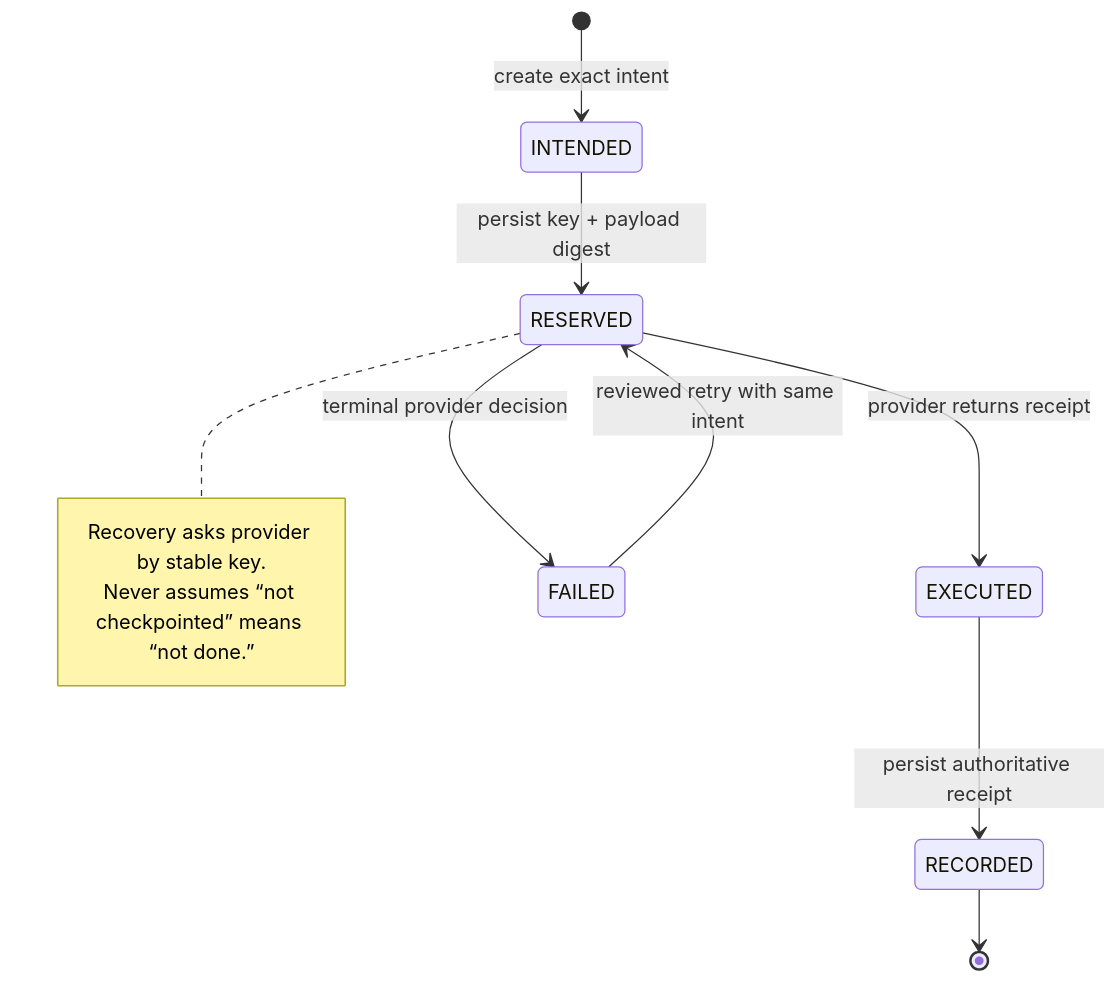
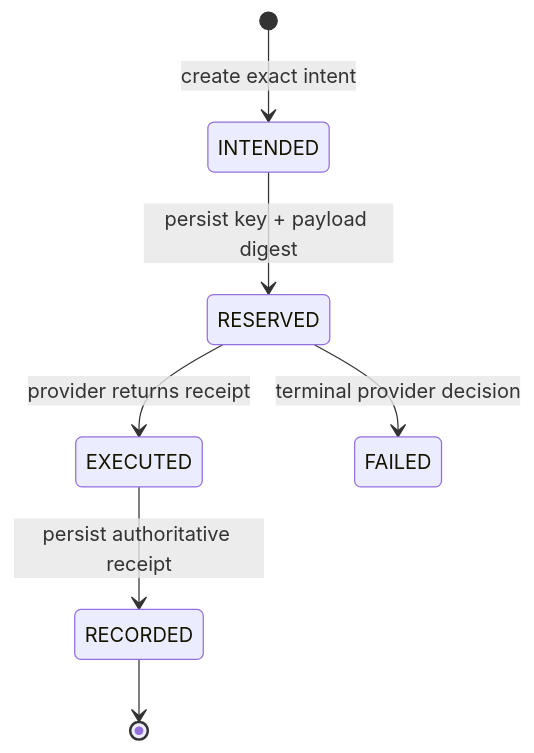
One commit to omkarsarde/agentic-engineering-at-scale changed the third of 4 diagrams in chapters/26-production-platform.qmd. Above: the diagram before and after it, drawn with Mermaid. The commit also changed other lines of this file and 6 other files, not shown here.

````diff
--- a/chapters/26-production-platform.qmd
+++ b/chapters/26-production-platform.qmd
@@ -234,18 +900,12 @@
 ```{mermaid}
+%%| echo: false
 %%| label: fig-ch26-ledger-states
-%%| fig-cap: "What must recovery determine for each durable effect state?"
-%%| fig-alt: "An intended effect becomes reserved, executed, then recorded. A reservation can fail. Recovery returns a recorded receipt, reconciles reserved work with the provider, and investigates failed or impossible transitions."
+%%| fig-cap: "What must recovery determine for each durable effect state? Recovery re-asks the provider by the stable key rather than assuming that 'not recorded' means 'not done'."
 stateDiagram-v2
     [*] --> INTENDED: create exact intent
     INTENDED --> RESERVED: persist key + payload digest
     RESERVED --> EXECUTED: provider returns receipt
     EXECUTED --> RECORDED: persist authoritative receipt
     RESERVED --> FAILED: terminal provider decision
-    FAILED --> RESERVED: reviewed retry with same intent
     RECORDED --> [*]
-
-    note right of RESERVED
-      Recovery asks provider by stable key.
-      Never assumes “not checkpointed” means “not done.”
-    end note
 ```
````
